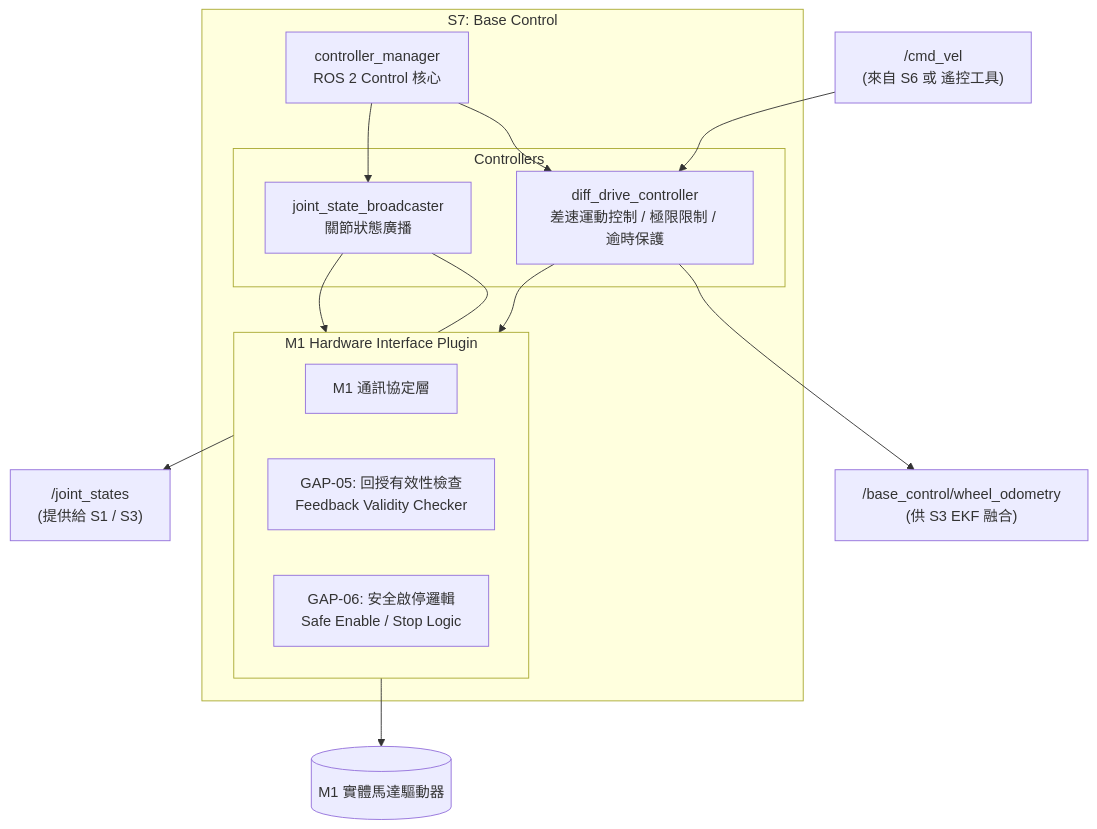
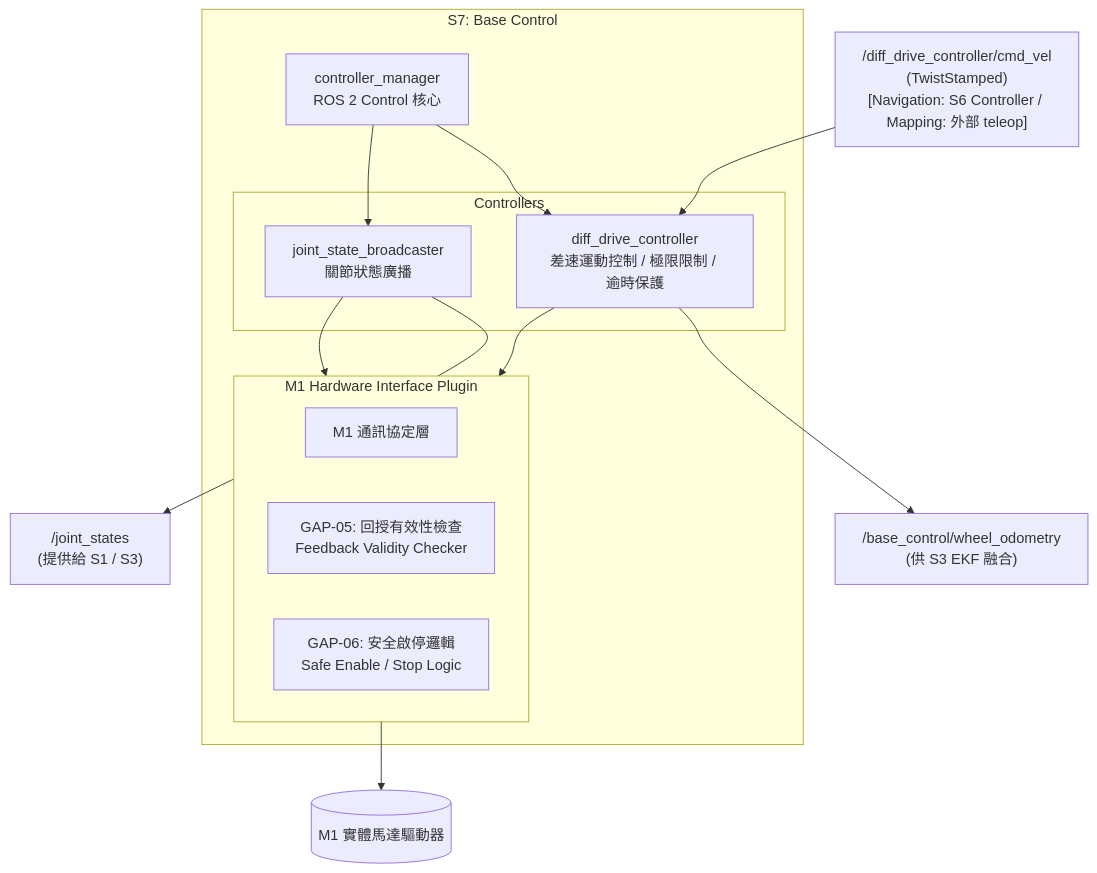
The third of 7 diagrams in docs/06_subsystem.md (monkey30440/mobile_base), drawn with Mermaid before and after one commit. The commit also changed other lines of this file and 9 other files, not shown here.

````diff
--- a/docs/06_subsystem.md
+++ b/docs/06_subsystem.md
@@ -234,27 +235,27 @@
 ```mermaid
 graph TD
     subgraph S7: Base Control
         CM[controller_manager<br/>ROS 2 Control 核心]
         
         subgraph Controllers
             DDC[diff_drive_controller<br/>差速運動控制 / 極限限制 / 逾時保護]
             JSB[joint_state_broadcaster<br/>關節狀態廣播]
         end
         
         subgraph M1HardwareInterface [M1 Hardware Interface Plugin]
             HW_COM[M1 通訊協定層]
             GAP05[GAP-05: 回授有效性檢查<br/>Feedback Validity Checker]
             GAP06[GAP-06: 安全啟停邏輯<br/>Safe Enable / Stop Logic]
         end
         
         CM --> DDC
         CM --> JSB
         DDC --> M1HardwareInterface
         JSB --> M1HardwareInterface
     end
     
-    CMD["/cmd_vel<br/>(來自 S6 或 遙控工具)"] --> DDC
+    CMD["/diff_drive_controller/cmd_vel<br/>(TwistStamped)<br/>[Navigation: S6 Controller / Mapping: 外部 teleop]"] --> DDC
     JSB --> JS["/joint_states<br/>(提供給 S1 / S3)"]
     DDC --> WHEEL_ODOM["/base_control/wheel_odometry<br/>(供 S3 EKF 融合)"]
     M1HardwareInterface --> M1_MOTORS[(M1 實體馬達驅動器)]
 ```
````
